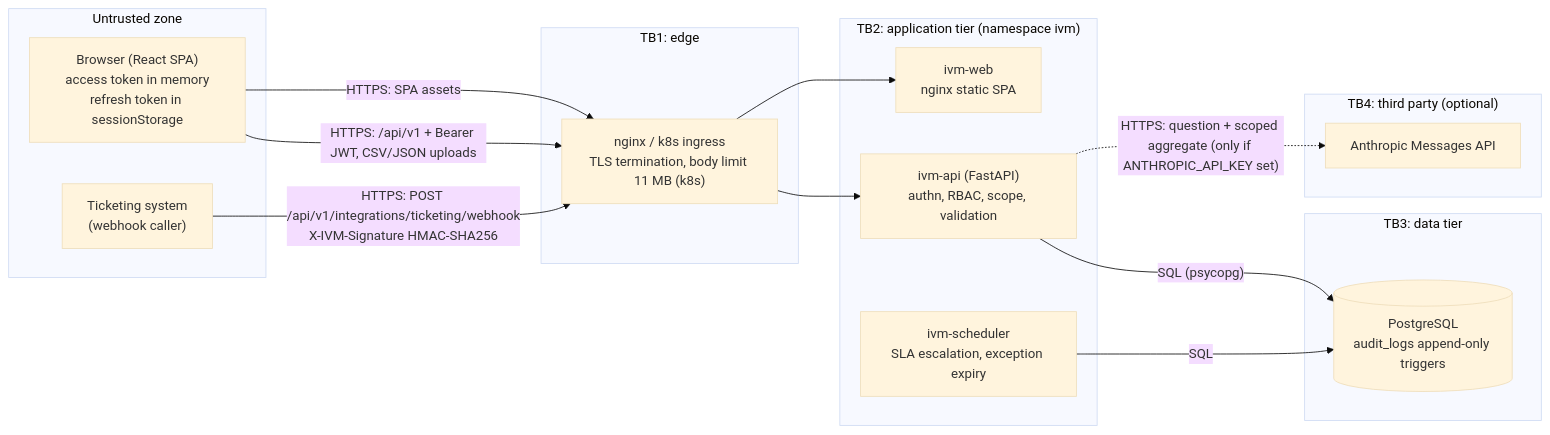
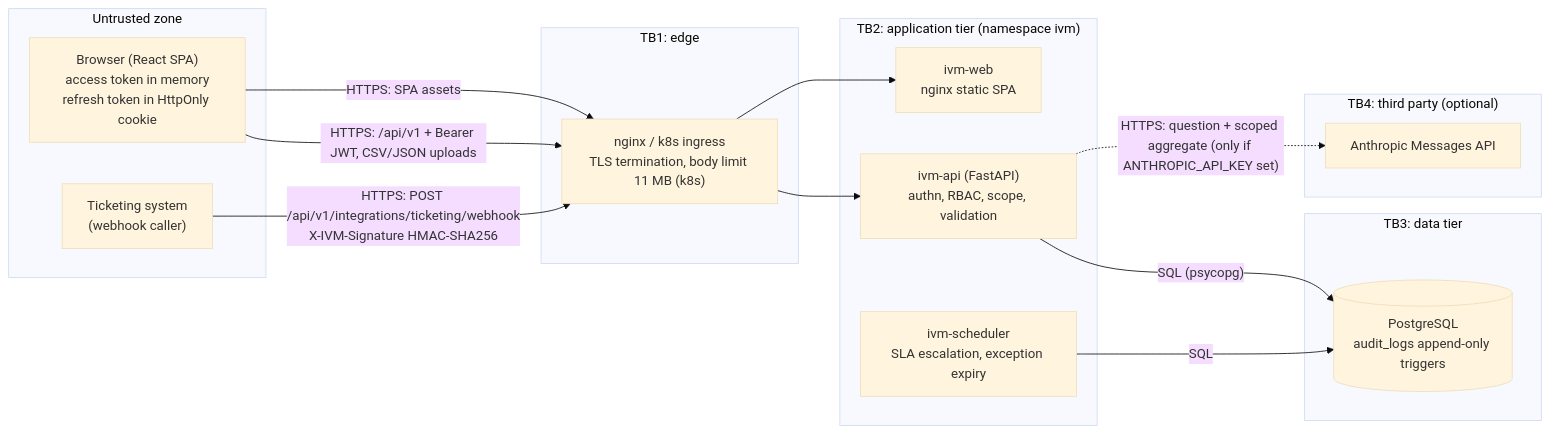
One commit to Aniket-001-code/ivm-platform changed the diagram in docs/07_Threat_Model.md. Above: the diagram before and after it, drawn with Mermaid (base theme). The commit also changed other lines of this file and 67 other files, not shown here.

````diff
--- a/docs/07_Threat_Model.md
+++ b/docs/07_Threat_Model.md
@@ -16,27 +16,27 @@
 ```mermaid
 flowchart LR
   subgraph Internet["Untrusted zone"]
-    B["Browser (React SPA)<br/>access token in memory<br/>refresh token in sessionStorage"]
+    B["Browser (React SPA)<br/>access token in memory<br/>refresh token in HttpOnly cookie"]
     W["Ticketing system<br/>(webhook caller)"]
   end
   subgraph Edge["TB1: edge"]
     N["nginx / k8s ingress<br/>TLS termination, body limit 11 MB (k8s)"]
   end
   subgraph App["TB2: application tier (namespace ivm)"]
     WEB["ivm-web<br/>nginx static SPA"]
     API["ivm-api (FastAPI)<br/>authn, RBAC, scope, validation"]
     S["ivm-scheduler<br/>SLA escalation, exception expiry"]
   end
   subgraph Data["TB3: data tier"]
     DB[("PostgreSQL<br/>audit_logs append-only triggers")]
   end
   subgraph Ext["TB4: third party (optional)"]
     AN["Anthropic Messages API"]
   end
   B -- "HTTPS: SPA assets" --> N --> WEB
   B -- "HTTPS: /api/v1 + Bearer JWT, CSV/JSON uploads" --> N --> API
   W -- "HTTPS: POST /api/v1/integrations/ticketing/webhook<br/>X-IVM-Signature HMAC-SHA256" --> N
   API -- "SQL (psycopg)" --> DB
   S -- "SQL" --> DB
   API -. "HTTPS: question + scoped aggregate (only if ANTHROPIC_API_KEY set)" .-> AN
 ```
````
